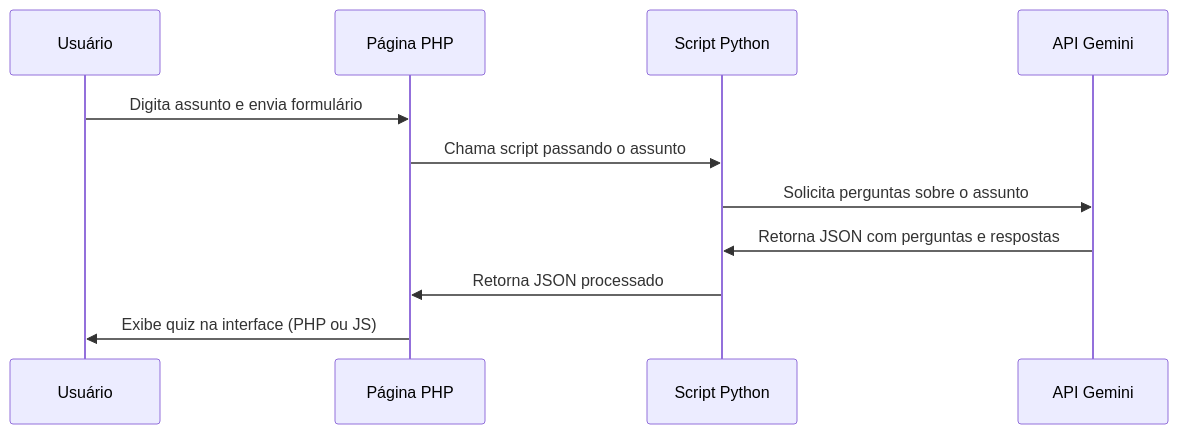
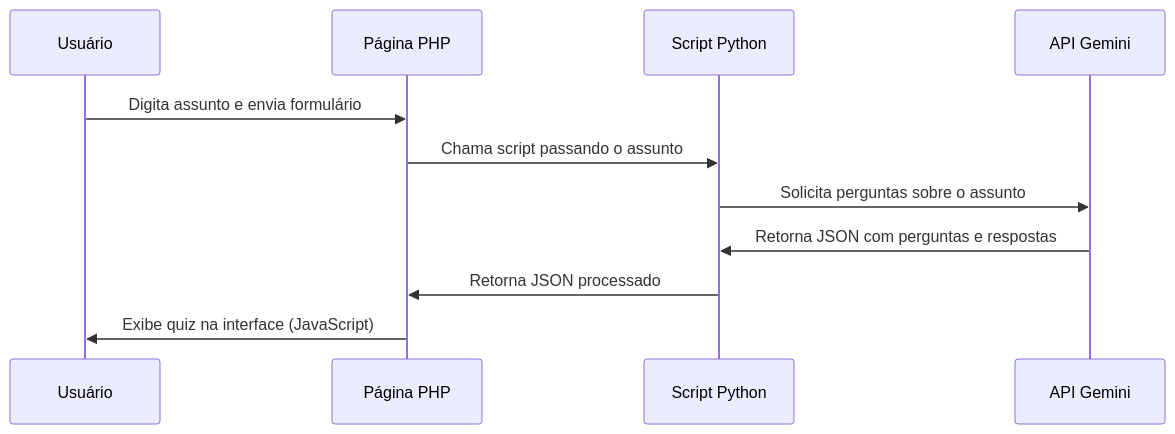
One commit to Marcos-Leao/QuizGenerator changed the diagram in README.md. Above: the diagram before and after it, drawn with Mermaid. The commit also changed other lines of this file, not shown here.

````diff
--- a/README.md
+++ b/README.md
@@ -142,14 +142,14 @@
 ```mermaid
 sequenceDiagram
     participant User as Usuário
     participant PHP as Página PHP
     participant Python as Script Python
     participant Gemini as API Gemini
     
     User->>PHP: Digita assunto e envia formulário
     PHP->>Python: Chama script passando o assunto
     Python->>Gemini: Solicita perguntas sobre o assunto
     Gemini->>Python: Retorna JSON com perguntas e respostas
     Python->>PHP: Retorna JSON processado
-    PHP->>User: Exibe quiz na interface (PHP ou JS)
+    PHP->>User: Exibe quiz na interface (JavaScript)
 ```
````
